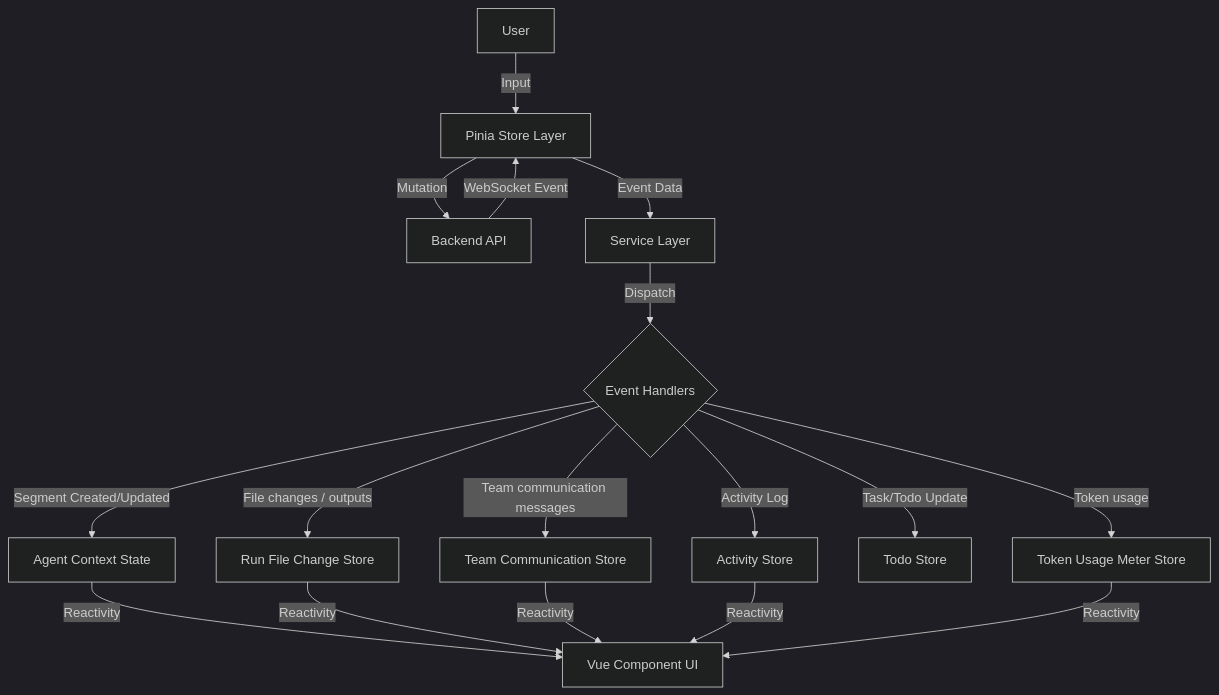
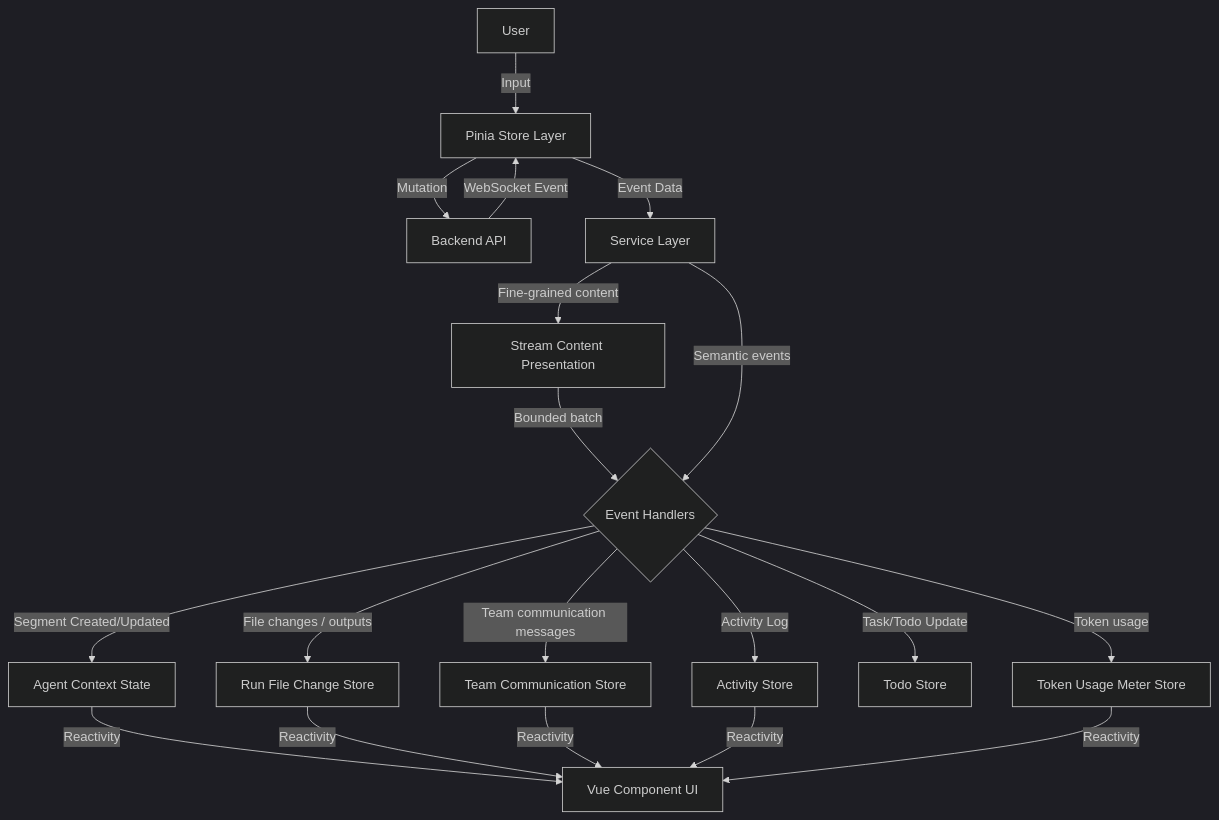
The diagram in autobyteus-web/docs/agent_execution_architecture.md (AutoByteus/autobyteus-workspace), drawn with Mermaid (dark theme) before and after one commit. The commit also changed other lines of this file and 73 other files, not shown here.

````diff
--- a/autobyteus-web/docs/agent_execution_architecture.md
+++ b/autobyteus-web/docs/agent_execution_architecture.md
@@ -13,22 +15,24 @@
 ```mermaid
 graph TD
     User-->|Input| Store[Pinia Store Layer]
     Store-->|Mutation| Backend[Backend API]
     Backend-->|WebSocket Event| Store
     Store-->|Event Data| Service[Service Layer]
 
-    Service-->|Dispatch| Handler{Event Handlers}
+    Service-->|Fine-grained content| Presentation[Stream Content Presentation]
+    Presentation-->|Bounded batch| Handler{Event Handlers}
+    Service-->|Semantic events| Handler
 
     Handler-->|Segment Created/Updated| Context[Agent Context State]
     Handler-->|File changes / outputs| RunFileChangeStore[Run File Change Store]
     Handler-->|Team communication messages| TeamCommunicationStore[Team Communication Store]
     Handler-->|Activity Log| ActivityStore[Activity Store]
     Handler-->|Task/Todo Update| TodoStore[Todo Store]
     Handler-->|Token usage| UsageMeterStore[Token Usage Meter Store]
 
     Context-->|Reactivity| UI[Vue Component UI]
     RunFileChangeStore-->|Reactivity| UI
     TeamCommunicationStore-->|Reactivity| UI
     ActivityStore-->|Reactivity| UI
     UsageMeterStore-->|Reactivity| UI
 ```
````
